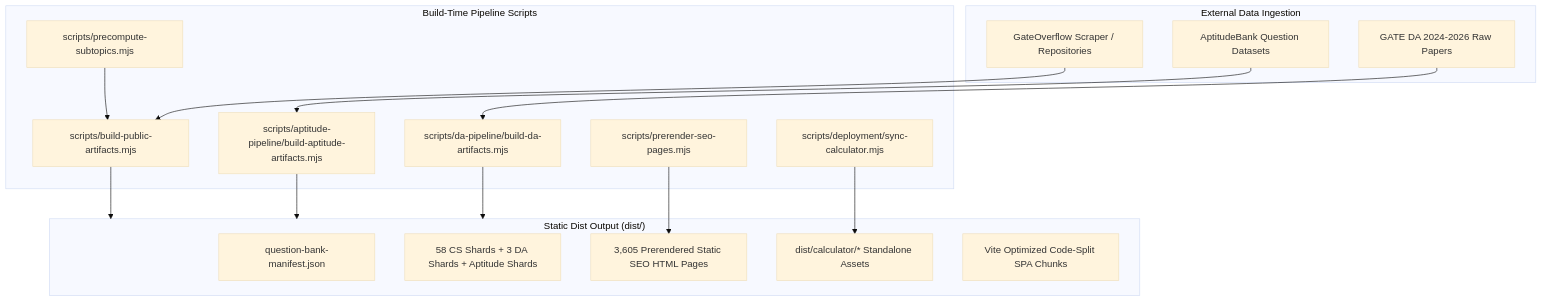
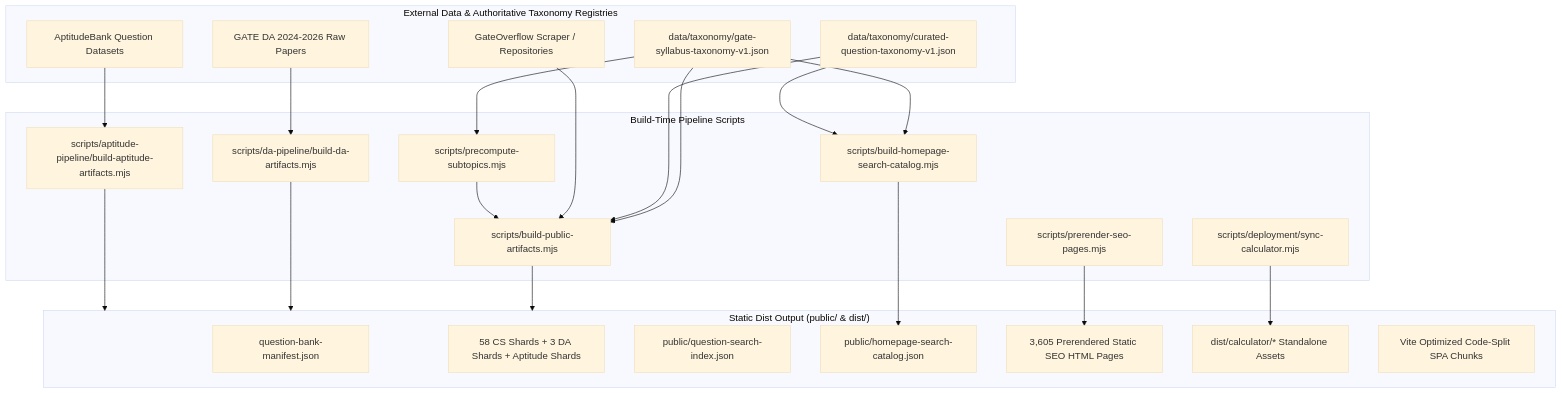
The tenth of 10 diagrams in docs/SYSTEM_DESIGN.md (superawat/Gate_QA), drawn with Mermaid (base theme) before and after one commit. The commit also changed other lines of this file and 96 other files, not shown here.

````diff
--- a/docs/SYSTEM_DESIGN.md
+++ b/docs/SYSTEM_DESIGN.md
@@ -422,34 +428,43 @@
 ```mermaid
 flowchart TD
-    subgraph DataSources["External Data Ingestion"]
+    subgraph DataSources["External Data & Authoritative Taxonomy Registries"]
         GO["GateOverflow Scraper / Repositories"]
         AB["AptitudeBank Question Datasets"]
         DA_Raw["GATE DA 2024-2026 Raw Papers"]
+        TaxRegistry["data/taxonomy/gate-syllabus-taxonomy-v1.json"]
+        CuratedTax["data/taxonomy/curated-question-taxonomy-v1.json"]
     end
 
     subgraph BuildPipelines["Build-Time Pipeline Scripts"]
         P1["scripts/precompute-subtopics.mjs"]
         P2["scripts/build-public-artifacts.mjs"]
-        P3["scripts/da-pipeline/build-da-artifacts.mjs"]
-        P4["scripts/aptitude-pipeline/build-aptitude-artifacts.mjs"]
-        P5["scripts/prerender-seo-pages.mjs"]
-        P6["scripts/deployment/sync-calculator.mjs"]
+        P3["scripts/build-homepage-search-catalog.mjs"]
+        P4["scripts/da-pipeline/build-da-artifacts.mjs"]
+        P5["scripts/aptitude-pipeline/build-aptitude-artifacts.mjs"]
+        P6["scripts/prerender-seo-pages.mjs"]
+        P7["scripts/deployment/sync-calculator.mjs"]
     end
 
-    subgraph StaticDist["Static Dist Output (dist/)"]
+    subgraph StaticDist["Static Dist Output (public/ & dist/)"]
         Manifest["question-bank-manifest.json"]
         Shards["58 CS Shards + 3 DA Shards + Aptitude Shards"]
+        SearchIndex["public/question-search-index.json"]
+        SearchCatalog["public/homepage-search-catalog.json"]
         SEOPages["3,605 Prerendered Static SEO HTML Pages"]
         CalcBundle["dist/calculator/* Standalone Assets"]
         Bundles["Vite Optimized Code-Split SPA Chunks"]
     end
 
+    TaxRegistry --> P1
+    TaxRegistry & CuratedTax --> P2
+    TaxRegistry & CuratedTax --> P3
     GO --> P2
-    AB --> P4
-    DA_Raw --> P3
+    AB --> P5
+    DA_Raw --> P4
 
     P1 --> P2
-    P2 & P3 & P4 --> StaticDist
-    P5 --> SEOPages
-    P6 --> CalcBundle
+    P2 & P4 & P5 --> StaticDist
+    P3 --> SearchCatalog
+    P6 --> SEOPages
+    P7 --> CalcBundle
 ```
````
